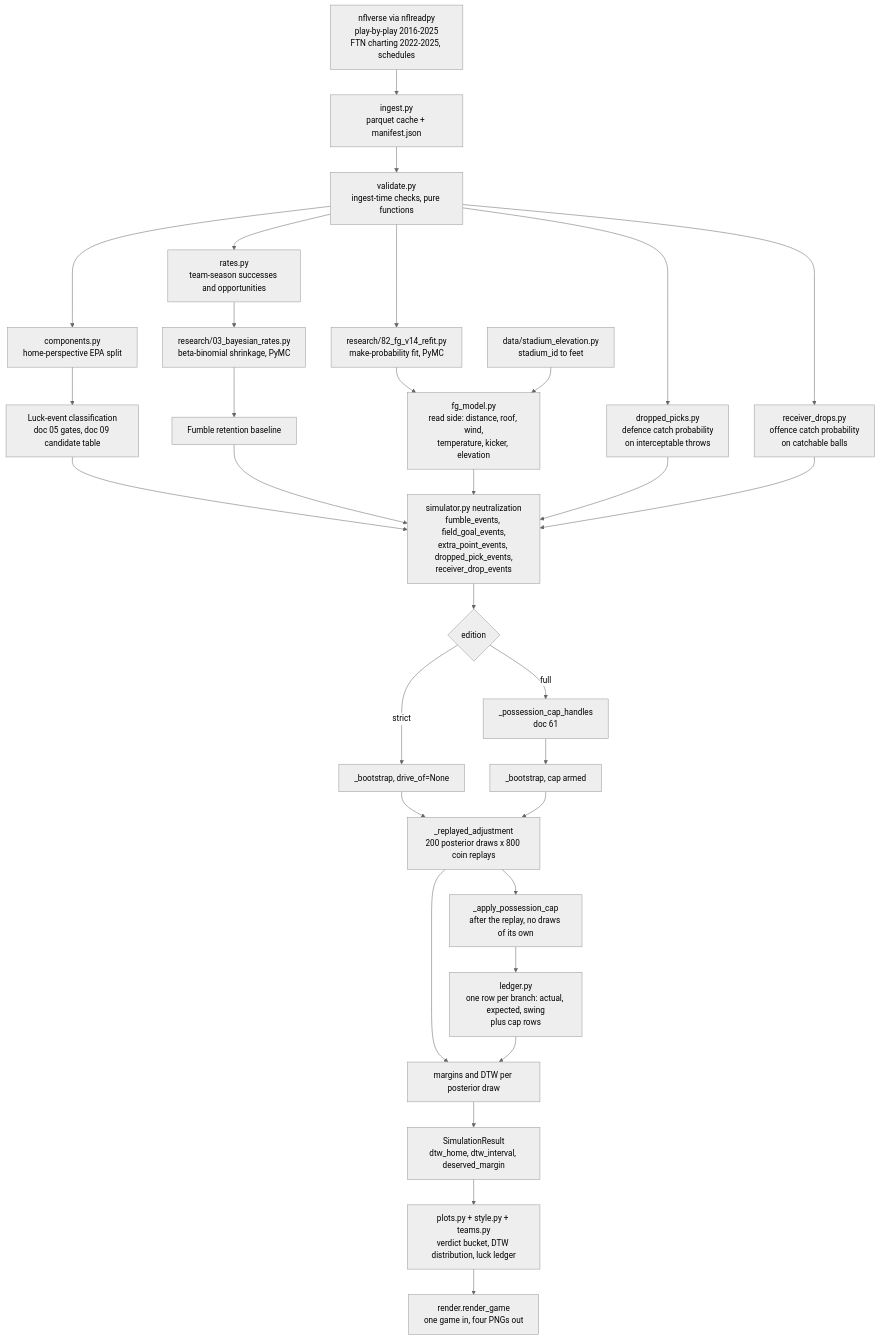
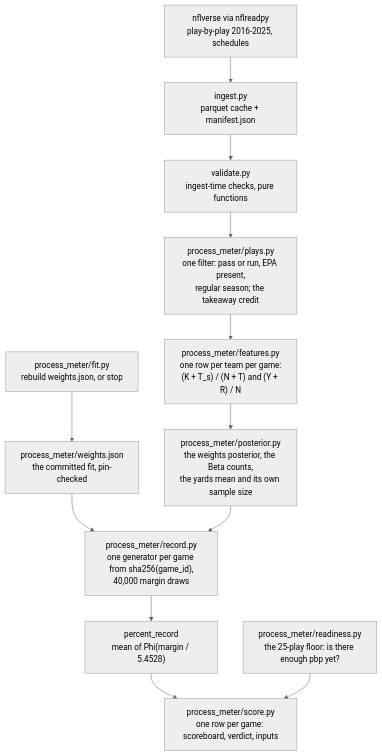
Before and after one commit to dgrifka/nfl_simulator: the diagram in README.md, drawn with Mermaid (neutral theme). The commit also changed other lines of this file and 46 other files, not shown here.

First line of the commit message:
feat!: retire the v1 model and rewrite the README for the process meter

````diff
--- a/README.md
+++ b/README.md
@@ -218,40 +183,14 @@
 ```mermaid
 flowchart TD
-  A["nflverse via nflreadpy<br/>play-by-play 2016-2025<br/>FTN charting 2022-2025, schedules"] --> B["ingest.py<br/>parquet cache + manifest.json"]
+  A["nflverse via nflreadpy<br/>play-by-play 2016-2025, schedules"] --> B["ingest.py<br/>parquet cache + manifest.json"]
   B --> C["validate.py<br/>ingest-time checks, pure functions"]
-
-  C --> D["components.py<br/>home-perspective EPA split"]
-  D --> E["Luck-event classification<br/>doc 05 gates, doc 09 candidate table"]
-
-  C --> F["rates.py<br/>team-season successes and opportunities"]
-  F --> G["research/03_bayesian_rates.py<br/>beta-binomial shrinkage, PyMC"]
-  G --> H["Fumble retention baseline"]
-
-  C --> I["research/82_fg_v14_refit.py<br/>make-probability fit, PyMC"]
-  I --> J["fg_model.py<br/>read side: distance, roof, wind,<br/>temperature, kicker, elevation"]
-  K["data/stadium_elevation.py<br/>stadium_id to feet"] --> J
-
-  C --> L["dropped_picks.py<br/>defence catch probability<br/>on interceptable throws"]
-  C --> M["receiver_drops.py<br/>offence catch probability<br/>on catchable balls"]
-
-  E --> N["simulator.py neutralization<br/>fumble_events, field_goal_events,<br/>extra_point_events, dropped_pick_events,<br/>receiver_drop_events"]
-  H --> N
-  J --> N
-  L --> N
-  M --> N
-
-  N --> O{"edition"}
-  O -->|strict| P["_bootstrap, drive_of=None"]
-  O -->|full| Q["_possession_cap_handles<br/>doc 61"]
-  Q --> R["_bootstrap, cap armed"]
-
-  P --> S["_replayed_adjustment<br/>200 posterior draws x 800 coin replays"]
-  R --> S
-  S --> T["_apply_possession_cap<br/>after the replay, no draws of its own"]
-  T --> U["ledger.py<br/>one row per branch: actual, expected, swing<br/>plus cap rows"]
-  S --> V["margins and DTW per posterior draw"]
-  U --> V
-  V --> W["SimulationResult<br/>dtw_home, dtw_interval, deserved_margin"]
-  W --> X["plots.py + style.py + teams.py<br/>verdict bucket, DTW distribution, luck ledger"]
-  X --> Y["render.render_game<br/>one game in, four PNGs out"]
+  C --> D["process_meter/plays.py<br/>one filter: pass or run, EPA present,<br/>regular season; the takeaway credit"]
+  D --> E["process_meter/features.py<br/>one row per team per game:<br/>(K + T_s) / (N + T) and (Y + R) / N"]
+  E --> F["process_meter/posterior.py<br/>the weights posterior, the Beta counts,<br/>the yards mean and its own sample size"]
+  G["process_meter/weights.json<br/>the committed fit, pin-checked"] --> H
+  F --> H["process_meter/record.py<br/>one generator per game from sha256(game_id),<br/>40,000 margin draws"]
+  H --> I["percent_record<br/>mean of Phi(margin / 5.4528)"]
+  I --> J["process_meter/score.py<br/>one row per game: scoreboard, verdict, inputs"]
+  K["process_meter/readiness.py<br/>the 25-play floor: is there enough pbp yet?"] --> J
+  L["process_meter/fit.py<br/>rebuild weights.json, or stop"] --> G
 ```
````
